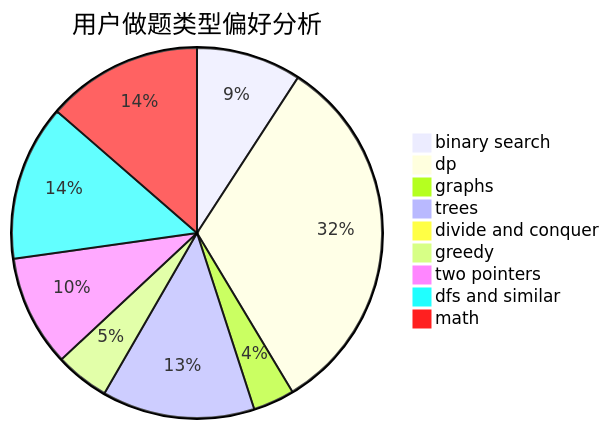
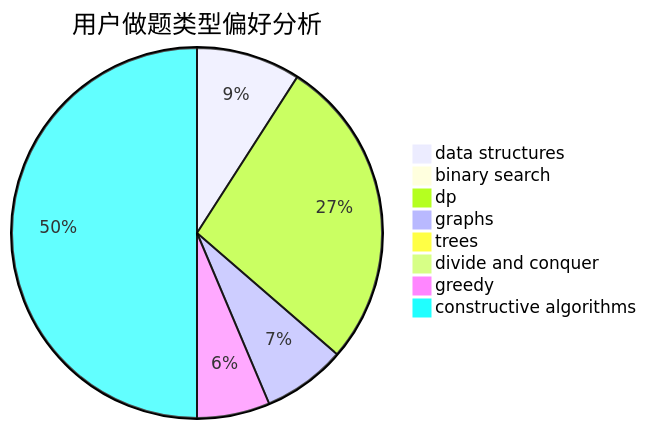
Before and after one commit to sherpahu/cfrs.github.io: the second of 3 diagrams in docs/user/u2662.md, drawn with Mermaid. The commit also changed other lines of this file and 2775 other files, not shown here.

````diff
--- a/docs/user/u2662.md
+++ b/docs/user/u2662.md
@@ -23,12 +23,11 @@
 ```mermaid
 pie title 用户做题类型偏好分析
-    "binary search" :  33
-    "dp" :  116
-    "graphs" :  13
-    "trees" :  48
+    "data structures" :  10
+    "binary search" :  0
+    "dp" :  30
+    "graphs" :  8
+    "trees" :  0
     "divide and conquer" :  0
-    "greedy" :  17
-    "two pointers" :  35
-    "dfs and similar" :  49
-    "math" :  49
+    "greedy" :  7
+    "constructive algorithms" :  55
 ```
````
